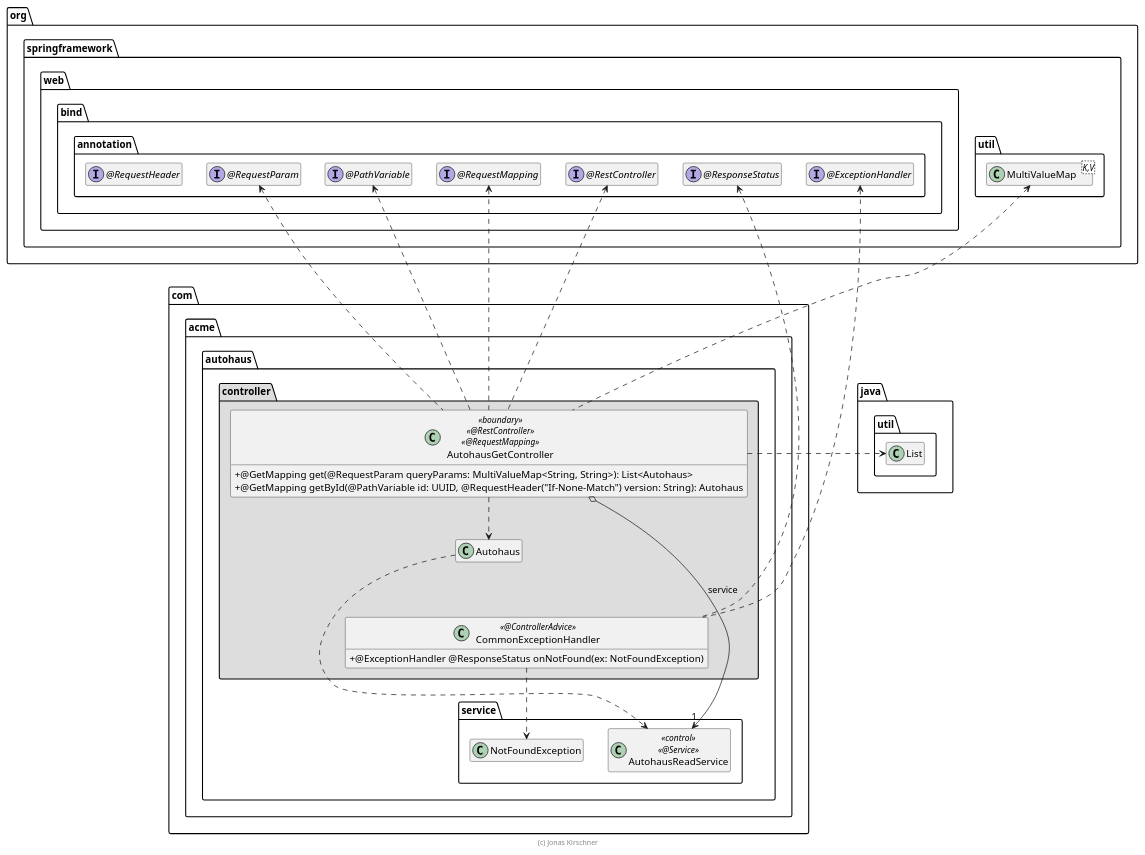
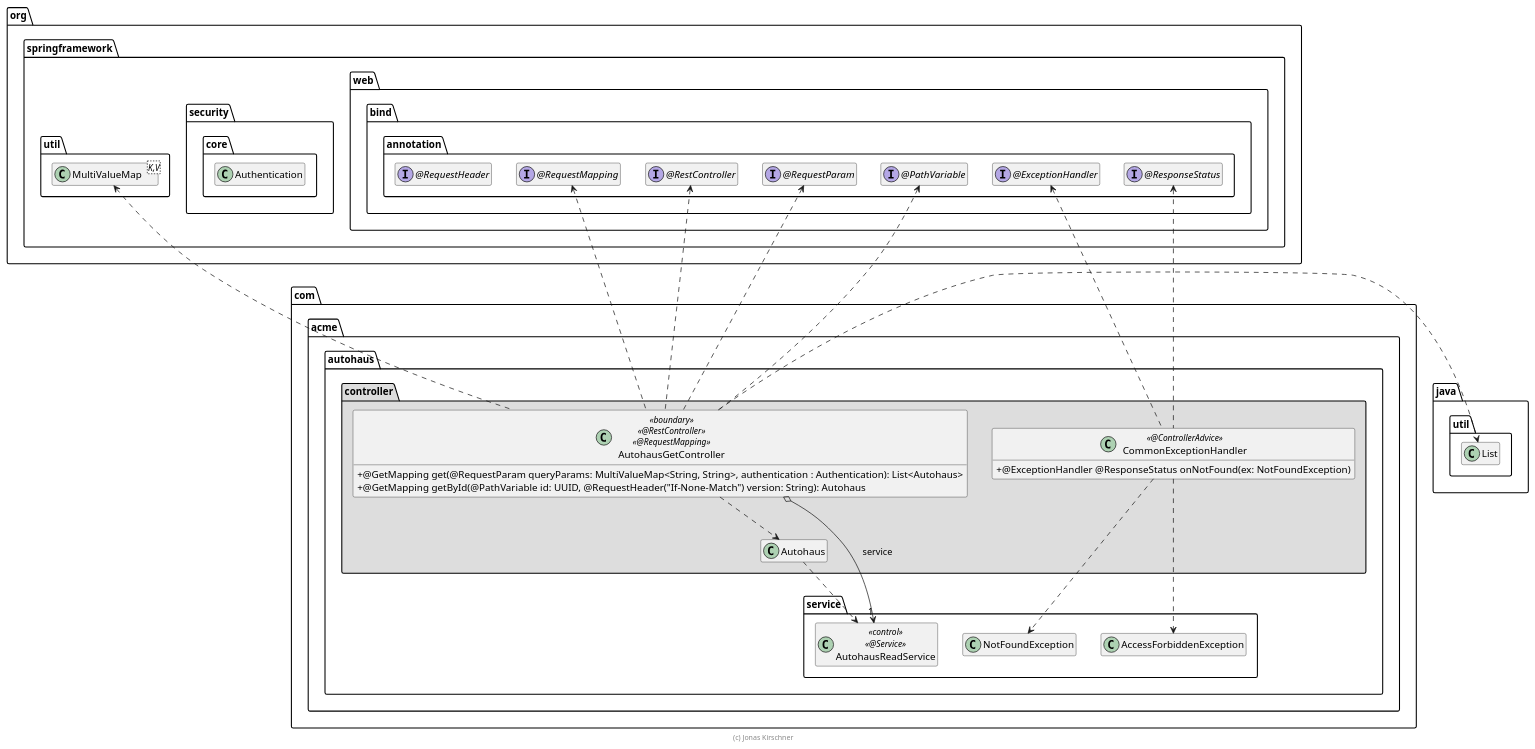
One commit to JBones35/AutohausJavaSwa changed the diagram in extras/doc/AutohausGetController.plantuml. Above: the diagram before and after it, drawn with PlantUML. The commit also changed 62 other files, not shown here.

```diff
--- a/extras/doc/AutohausGetController.plantuml
+++ b/extras/doc/AutohausGetController.plantuml
@@ -1,65 +1,74 @@
 @startuml AutohausGetController
 
 skinparam classAttributeIconSize 0
 
 package org.springframework {
     package web.bind.annotation {
         interface "@RestController" as RestController
         interface "@RequestMapping" as RequestMapping
         interface "@PathVariable" as PathVariable
         interface "@RequestParam" as RequestParam
         interface "@ExceptionHandler" as ExceptionHandler
         interface "@ResponseStatus" as ResponseStatus
         interface "@RequestHeader" as RequestHeader
     }
 
+    package security.core {
+            class Authentication
+        }
+
     package util {
         class MultiValueMap<K,V>
     }
 }
 
 package java.util {
     class List
 }
 
 package com.acme.autohaus {
     package service {
         class AutohausReadService << control >> << @Service >>
         class NotFoundException
+        class AccessForbiddenException
+
+        AutohausReadService .right[hidden].> NotFoundException
+        NotFoundException .right[hidden].> AccessForbiddenException
     }
 
 package controller #DDDDDD {
         class AutohausGetController << boundary >> << @RestController >> << @RequestMapping >> {
-            + @GetMapping get(@RequestParam queryParams: MultiValueMap<String, String>): List<Autohaus>
+            + @GetMapping get(@RequestParam queryParams: MultiValueMap<String, String>, authentication : Authentication): List<Autohaus>
             + @GetMapping getById(@PathVariable id: UUID, @RequestHeader("If-None-Match") version: String): Autohaus
         }
 
         class CommonExceptionHandler << @ControllerAdvice >> {
             + @ExceptionHandler @ResponseStatus onNotFound(ex: NotFoundException)
         }
 
         AutohausGetController o--> "1" AutohausReadService : service
         AutohausGetController ..> Autohaus
 
         AutohausGetController .up.> RestController
         AutohausGetController .up.> RequestMapping
         AutohausGetController .up.> PathVariable
         AutohausGetController .up.> RequestParam
         AutohausGetController .up.> MultiValueMap
 
         CommonExceptionHandler .up.> ExceptionHandler
         CommonExceptionHandler .up.> ResponseStatus
         CommonExceptionHandler ..> NotFoundException
-        CommonExceptionHandler .up[hidden].> Autohaus
+        CommonExceptionHandler ..> AccessForbiddenException
+        CommonExceptionHandler .[hidden].> Autohaus
 
         AutohausGetController .right.> List
 
         Autohaus ..> AutohausReadService
     }
 }
 
 hide empty members
 
 footer (c) Jonas Kirschner
 
 @enduml
```
